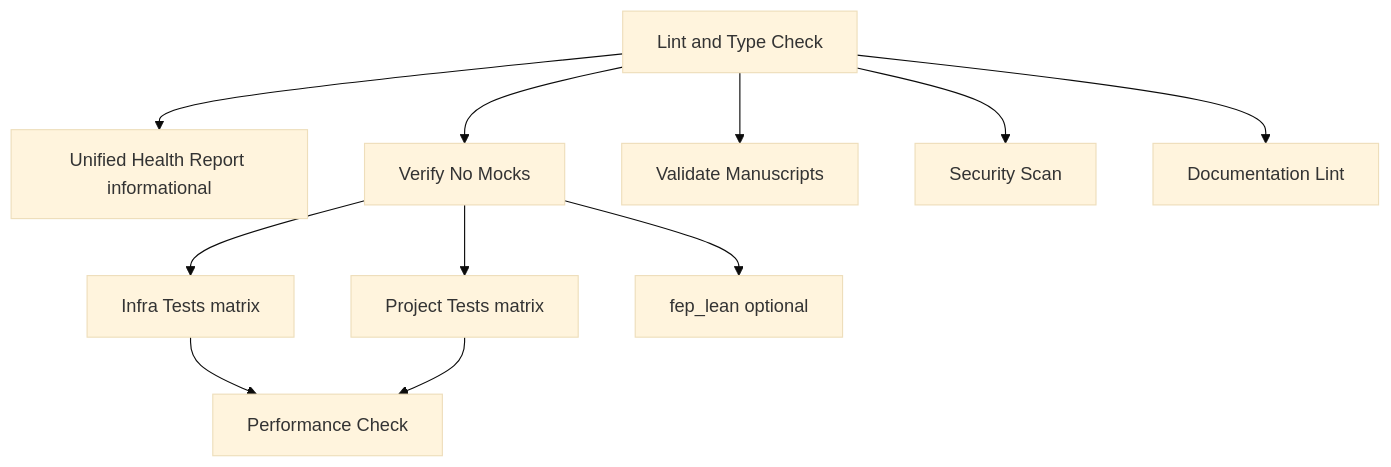
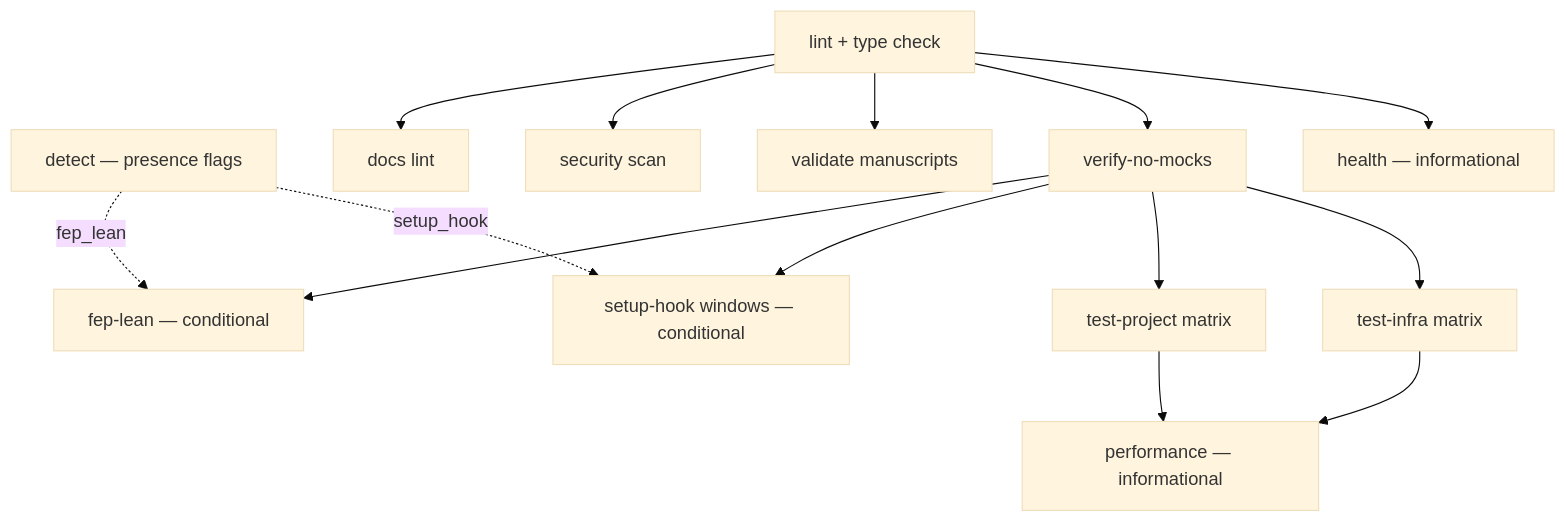
The eighth of 8 diagrams in .github/README.md (docxology/template), drawn with Mermaid (base theme) before and after one commit. The commit also changed other lines of this file and 10 other files, not shown here.

````diff
--- a/.github/README.md
+++ b/.github/README.md
@@ -671,23 +692,28 @@
 ```mermaid
 flowchart TB
-    L[Lint and Type Check]
-    H[Unified Health Report informational]
-    VNM[Verify No Mocks]
-    TI[Infra Tests matrix]
-    TP[Project Tests matrix]
-    FL[fep_lean optional]
-    VM[Validate Manuscripts]
-    SS[Security Scan]
-    DL[Documentation Lint]
-    PC[Performance Check]
+    D[detect — presence flags]
+    L[lint + type check]
+    H[health — informational]
+    VNM[verify-no-mocks]
+    SH[setup-hook windows — conditional]
+    TI[test-infra matrix]
+    TP[test-project matrix]
+    FL[fep-lean — conditional]
+    VM[validate manuscripts]
+    SS[security scan]
+    DL[docs lint]
+    PC[performance — informational]
     L --> H
     L --> VNM
     L --> VM
     L --> SS
     L --> DL
     VNM --> TI
     VNM --> TP
+    VNM --> SH
     VNM --> FL
+    D -. setup_hook .-> SH
+    D -. fep_lean .-> FL
     TI --> PC
     TP --> PC
 ```
````
